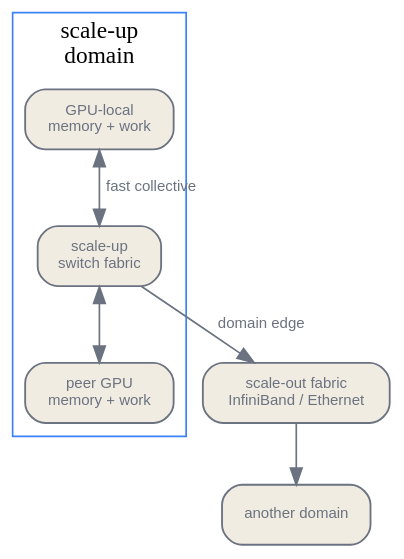
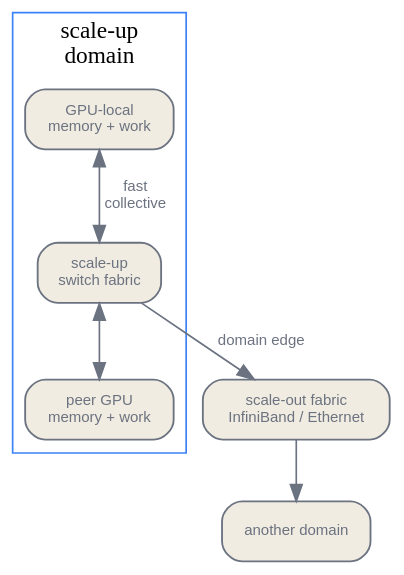
The second of 2 diagrams in en/infrastructure/05-the-compute-frontier.qmd (latere-ai/ai-as-an-infrastructure), drawn with Graphviz before and after one commit. The commit also changed 1 other file, not shown here.

Commit message:
infrastructure: scale-up domain labels clear the cluster border at 9 pt

````diff
--- a/en/infrastructure/05-the-compute-frontier.qmd
+++ b/en/infrastructure/05-the-compute-frontier.qmd
@@ -202,26 +202,26 @@
 ```{dot}
 //| label: fig-compute-frontier-domain
 //| fig-cap: "A multi-node scale-up fabric enlarges the fast locality domain, but software still maps process groups and collectives onto physical links. Crossing the scale-out edge changes both performance and failure behavior."
 digraph domain {
   rankdir=TB;
   bgcolor="transparent";
   node [shape=box, style="rounded,filled", fontname="Helvetica", fontsize=9,
         color="#6b7280", fontcolor="#6b7280", fillcolor="#f1ece1", penwidth=1.1];
   edge [fontname="Helvetica", fontsize=9, color="#6b7280", fontcolor="#6b7280"];
 
   graph [compound=true, pad=0.06];
   subgraph cluster_up {
     label="scale-up\ndomain";
     color="#3b82f6";
     gpu1 [label="GPU-local\nmemory + work"];
     sw [label="scale-up\nswitch fabric"];
     gpu2 [label="peer GPU\nmemory + work"];
-    gpu1 -> sw [dir=both, label="fast collective"];
+    gpu1 -> sw [dir=both, label="fast\ncollective"];
     sw -> gpu2 [dir=both];
   }
   out [label="scale-out fabric\nInfiniBand / Ethernet"];
   peer [label="another domain"];
   sw -> out [label="domain edge"];
   out -> peer;
 }
 ```
````
